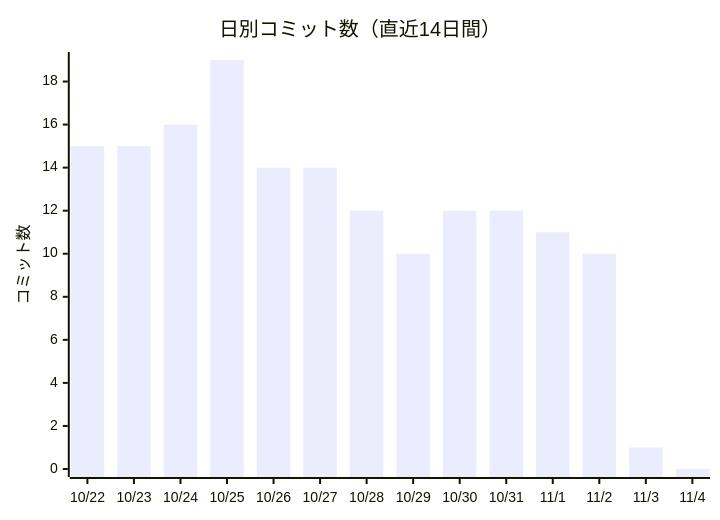
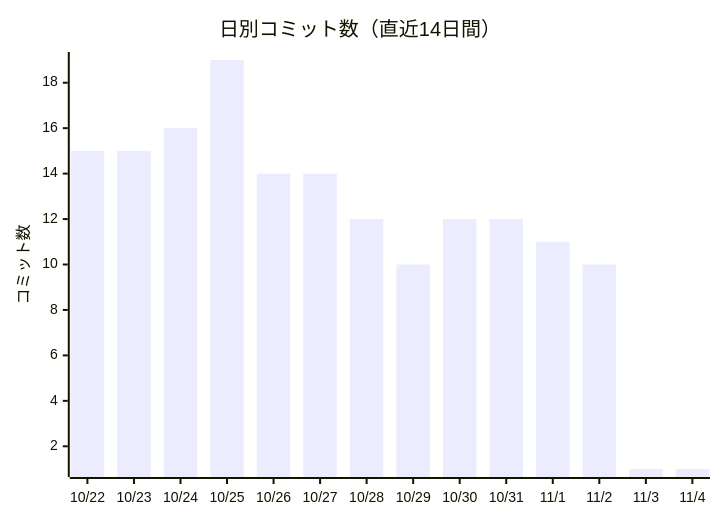
One commit to non-x2/non-x2 changed the first of 2 diagrams in docs/進化レポート.md. Above: the diagram before and after it, drawn with Mermaid. The commit also changed other lines of this file and 7 other files, not shown here.

````diff
--- a/docs/進化レポート.md
+++ b/docs/進化レポート.md
@@ -23,7 +23,7 @@
 ```mermaid
 xychart-beta
     title "日別コミット数（直近14日間）"
     x-axis ["10/22", "10/23", "10/24", "10/25", "10/26", "10/27", "10/28", "10/29", "10/30", "10/31", "11/1", "11/2", "11/3", "11/4"]
     y-axis "コミット数"
-    bar [15, 15, 16, 19, 14, 14, 12, 10, 12, 12, 11, 10, 1, 0]
+    bar [15, 15, 16, 19, 14, 14, 12, 10, 12, 12, 11, 10, 1, 1]
 ```
````
